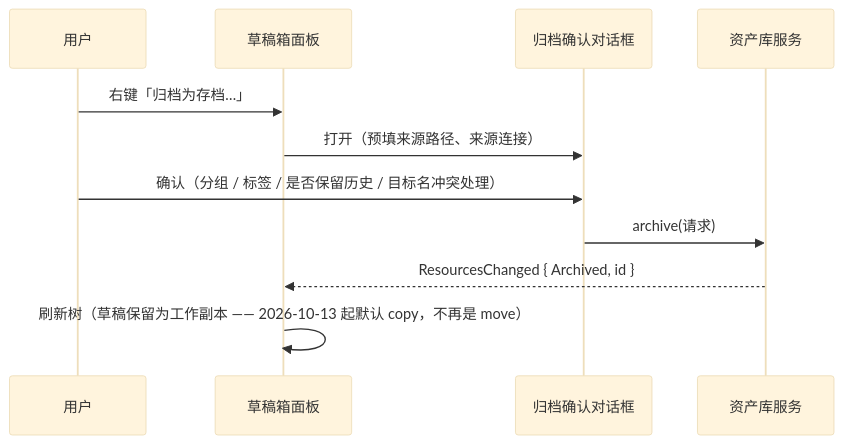
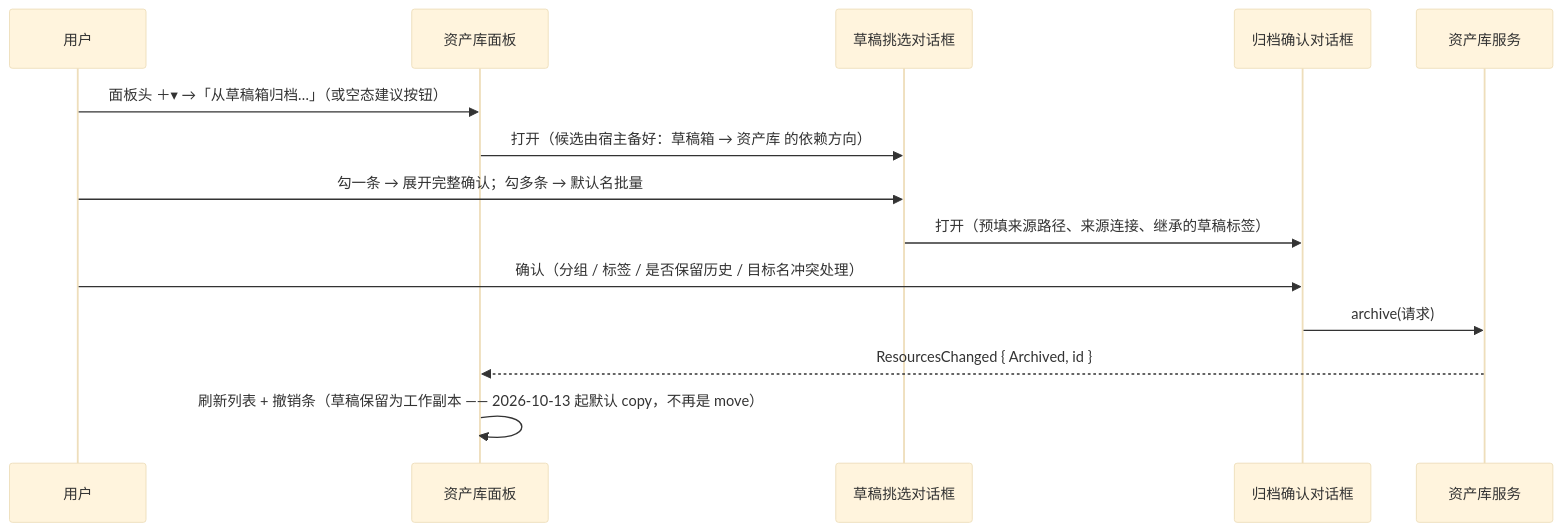
The diagram in docs/architecture/analytics_resource/analytics-resource-prototype-design.md (ling-love-xin/RdataStation-v2), drawn with Mermaid (base theme) before and after one commit. The commit also changed other lines of this file and 7 other files, not shown here.

````diff
--- a/docs/architecture/analytics_resource/analytics-resource-prototype-design.md
+++ b/docs/architecture/analytics_resource/analytics-resource-prototype-design.md
@@ -170,14 +170,17 @@
 ```mermaid
 sequenceDiagram
     participant U as 用户
-    participant S as 草稿箱面板
+    participant P as 资产库面板
+    participant PD as 草稿挑选对话框
     participant D as 归档确认对话框
     participant M as 资产库服务
 
-    U->>S: 右键「归档为存档…」
-    S->>D: 打开（预填来源路径、来源连接）
+    U->>P: 面板头 ＋▾ →「从草稿箱归档…」（或空态建议按钮）
+    P->>PD: 打开（候选由宿主备好：草稿箱 → 资产库 的依赖方向）
+    U->>PD: 勾一条 → 展开完整确认；勾多条 → 默认名批量
+    PD->>D: 打开（预填来源路径、来源连接、继承的草稿标签）
     U->>D: 确认（分组 / 标签 / 是否保留历史 / 目标名冲突处理）
     D->>M: archive(请求)
-    M-->>S: ResourcesChanged { Archived, id }
-    S->>S: 刷新树（草稿保留为工作副本 —— 2026-10-13 起默认 copy，不再是 move）
+    M-->>P: ResourcesChanged { Archived, id }
+    P->>P: 刷新列表 + 撤销条（草稿保留为工作副本 —— 2026-10-13 起默认 copy，不再是 move）
 ```
````
